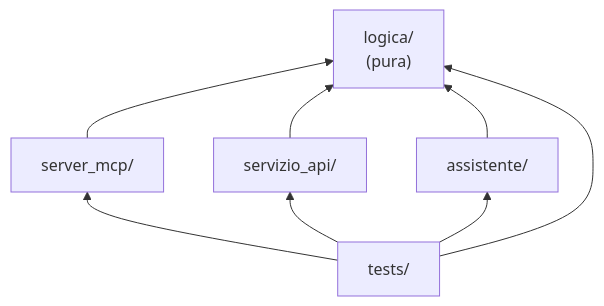
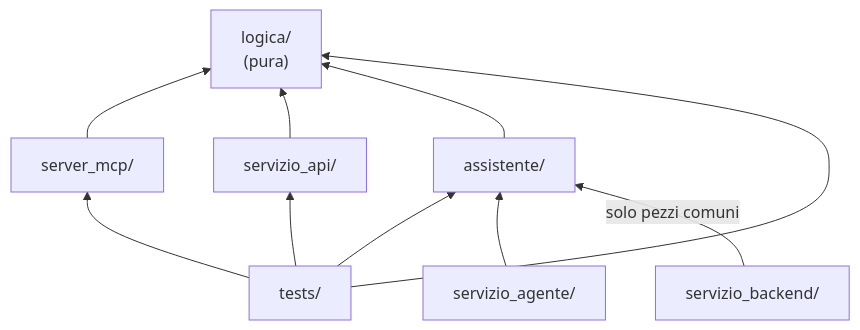
The eighth of 9 diagrams in assistente-laboratorio/docs/studio/02-architettura.md (mattiaramon25-2-oss/Agente), drawn with Mermaid before and after one commit. The commit also changed other lines of this file and 6 other files, not shown here.

````diff
--- a/assistente-laboratorio/docs/studio/02-architettura.md
+++ b/assistente-laboratorio/docs/studio/02-architettura.md
@@ -419,11 +472,13 @@
 ```mermaid
 flowchart BT
     LOG["logica/<br/>(pura)"]
     SRV["server_mcp/"] --> LOG
     API["servizio_api/"] --> LOG
     AG["assistente/"] --> LOG
     TST["tests/"] --> AG
     TST --> SRV
     TST --> API
     TST --> LOG
+    SAG["servizio_agente/"] --> AG
+    SBE["servizio_backend/"] -->|"solo pezzi comuni"| AG
 ```
````
